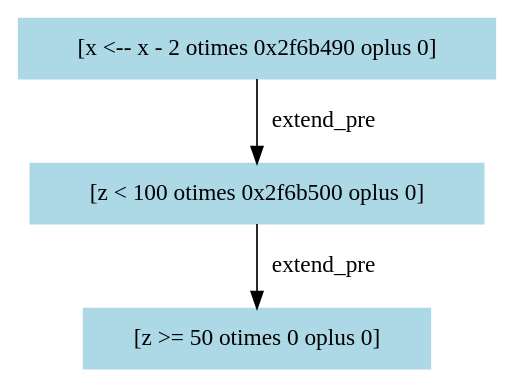
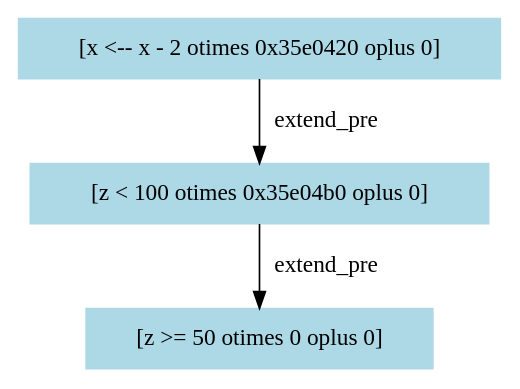
One commit to RangerBu/st-checker changed the diagram in outputs/weights-graphs/9.dot. Above: the diagram before and after it, drawn with Graphviz. The commit also changed 51 other files, not shown here.

```diff
--- a/outputs/weights-graphs/9.dot
+++ b/outputs/weights-graphs/9.dot
@@ -1,7 +1,7 @@
 digraph "[IF x < 20 THEN]" {
-"0x2f6b210" [label="[x <-- x - 2 otimes 0x2f6b490 oplus 0]", color=lightblue,style=filled,shape=box]
-"0x2f6b210" -> "0x2f6b490" [label=extend_pre,color=black]
-"0x2f6b490" [label="[z < 100 otimes 0x2f6b500 oplus 0]", color=lightblue,style=filled,shape=box]
-"0x2f6b490" -> "0x2f6b500" [label=extend_pre,color=black]
-"0x2f6b500" [label="[z >= 50 otimes 0 oplus 0]", color=lightblue,style=filled,shape=box]
+"0x35e0180" [label="[x <-- x - 2 otimes 0x35e0420 oplus 0]", color=lightblue,style=filled,shape=box]
+"0x35e0180" -> "0x35e0420" [label=extend_pre,color=black]
+"0x35e0420" [label="[z < 100 otimes 0x35e04b0 oplus 0]", color=lightblue,style=filled,shape=box]
+"0x35e0420" -> "0x35e04b0" [label=extend_pre,color=black]
+"0x35e04b0" [label="[z >= 50 otimes 0 oplus 0]", color=lightblue,style=filled,shape=box]
 }
```
